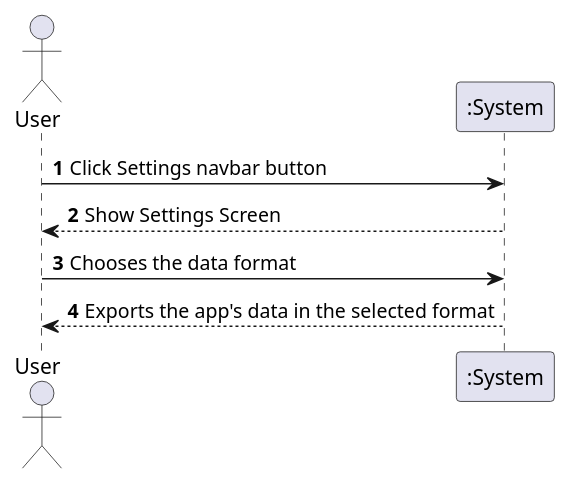
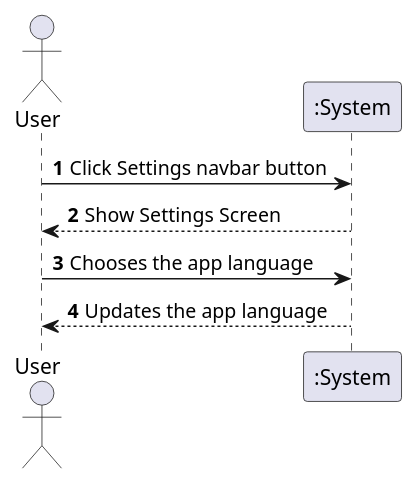
The diagram in UMLs/puml/SSD/UCSS-SSD/UCSS5-SSD.puml (8126Lucas/DSSMV_ProjectReact_1241131_1241008), drawn with PlantUML before and after one commit. The commit also changed 10 other files, not shown here.

Commit message:
Lucas e Miguel: - Alterações nos diagramas

```diff
--- a/UMLs/puml/SSD/UCSS-SSD/UCSS5-SSD.puml
+++ b/UMLs/puml/SSD/UCSS-SSD/UCSS5-SSD.puml
@@ -1,15 +1,15 @@
 @startuml
 'https://plantuml.com/sequence-diagram
 
 autonumber
 
 Actor "User" as user
 participant ":System" as sys
 
 user -> sys: Click Settings navbar button
 user <-- sys: Show Settings Screen
 
-user -> sys: Chooses the data format
-user <-- sys: Exports the app's data in the selected format
+user -> sys: Chooses the app language
+user <-- sys: Updates the app language
 
 @enduml
```
